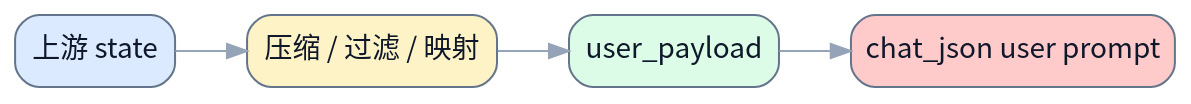
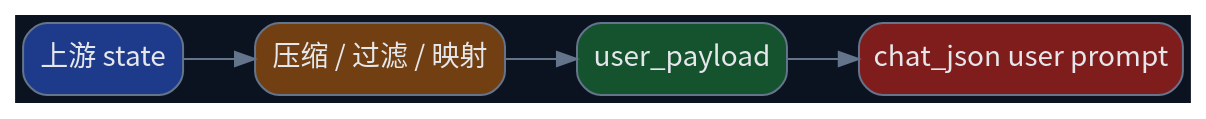
The second of 2 diagrams in skills/write-doc/modes/spec/templates/llm-node-spec-template.md (terencefan/inority-workspace), drawn with Graphviz before and after one commit. The commit also changed other lines of this file and 45 other files, not shown here.

````diff
--- a/skills/write-doc/modes/spec/templates/llm-node-spec-template.md
+++ b/skills/write-doc/modes/spec/templates/llm-node-spec-template.md
@@ -94,15 +94,15 @@
 ```dot
 digraph UserPromptProduction {
   rankdir=LR;
-  graph [bgcolor="transparent", fontname="Noto Sans CJK SC"];
-  node [fontname="Noto Sans CJK SC", shape=box, style="rounded,filled", color="#64748b", fontcolor="#0f172a", fillcolor="#f8fafc"];
-  edge [fontname="Noto Sans CJK SC", color="#94a3b8", fontcolor="#94a3b8"];
+  graph [bgcolor="#0b1220", fontname="Noto Sans CJK SC"];
+  node [fontname="Noto Sans CJK SC", shape=box, style="rounded,filled", color="#64748b", fontcolor="#e5e7eb", fillcolor="#0f172a"];
+  edge [fontname="Noto Sans CJK SC", color="#64748b", fontcolor="#64748b"];
 
-  upstream [label="上游 state", fillcolor="#dbeafe"];
-  compact [label="压缩 / 过滤 / 映射", fillcolor="#fef3c7"];
-  payload [label="user_payload", fillcolor="#dcfce7"];
-  llm [label="chat_json user prompt", fillcolor="#fecaca"];
+  upstream [label="上游 state", fillcolor="#1e3a8a"];
+  compact [label="压缩 / 过滤 / 映射", fillcolor="#713f12"];
+  payload [label="user_payload", fillcolor="#14532d"];
+  llm [label="chat_json user prompt", fillcolor="#7f1d1d"];
 
   upstream -> compact -> payload -> llm;
 }
 ```
````
